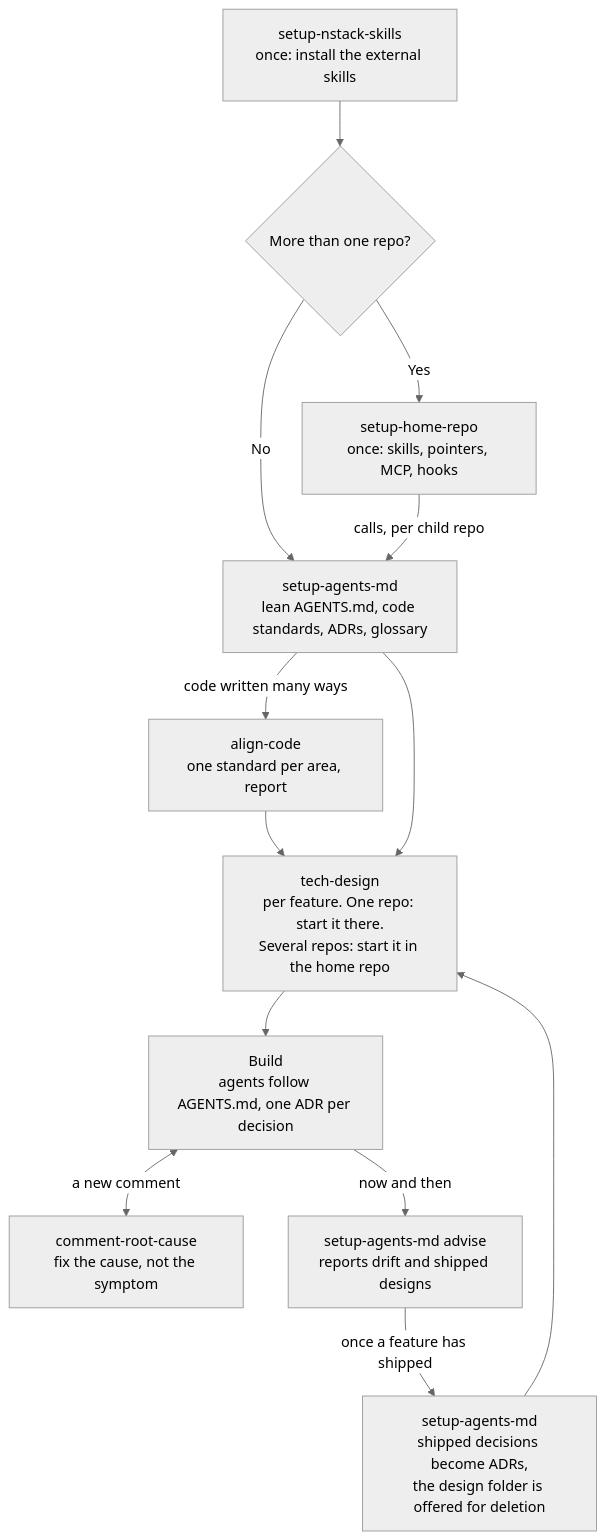
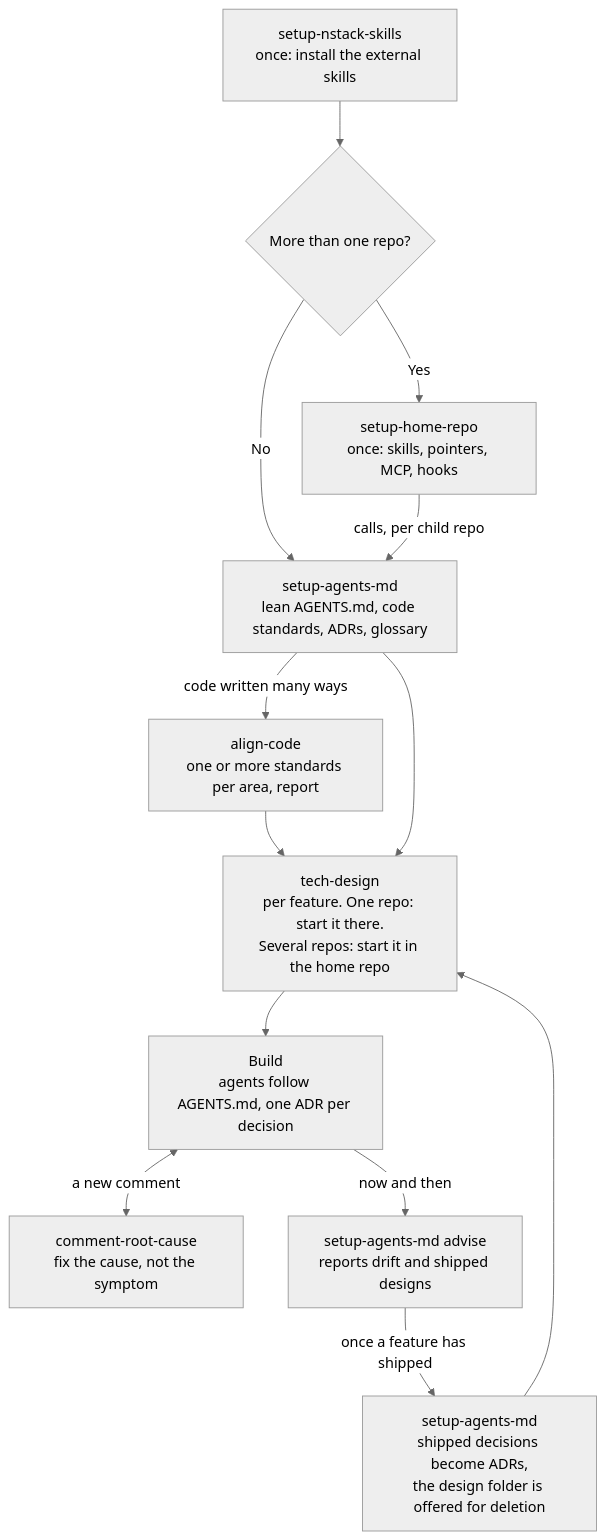
Before and after one commit to svennijhuis/nstack: the diagram in README.md, drawn with Mermaid (neutral theme). The commit also changed other lines of this file and 6 other files, not shown here.

First line of the commit message:
align-code: discover areas from the code, keep a seed checklist, stricter surveys (#8)

````diff
--- a/README.md
+++ b/README.md
@@ -19,15 +19,15 @@
 ```mermaid
 flowchart TD
     A[setup-nstack-skills<br/>once: install the external skills] --> B{More than one repo?}
     B -->|Yes| C[setup-home-repo<br/>once: skills, pointers, MCP, hooks]
     B -->|No| D
     C -->|calls, per child repo| D[setup-agents-md<br/>lean AGENTS.md, code standards, ADRs, glossary]
-    D -->|code written many ways| I[align-code<br/>one standard per area, report]
+    D -->|code written many ways| I[align-code<br/>one or more standards per area, report]
     I --> E
     D --> E[tech-design<br/>per feature. One repo: start it there.<br/>Several repos: start it in the home repo]
     E --> F[Build<br/>agents follow AGENTS.md, one ADR per decision]
     F <-->|a new comment| R[comment-root-cause<br/>fix the cause, not the symptom]
     F -->|now and then| G[setup-agents-md advise<br/>reports drift and shipped designs]
     G -->|once a feature has shipped| H[setup-agents-md<br/>shipped decisions become ADRs,<br/>the design folder is offered for deletion]
     H --> E
 ```
````
